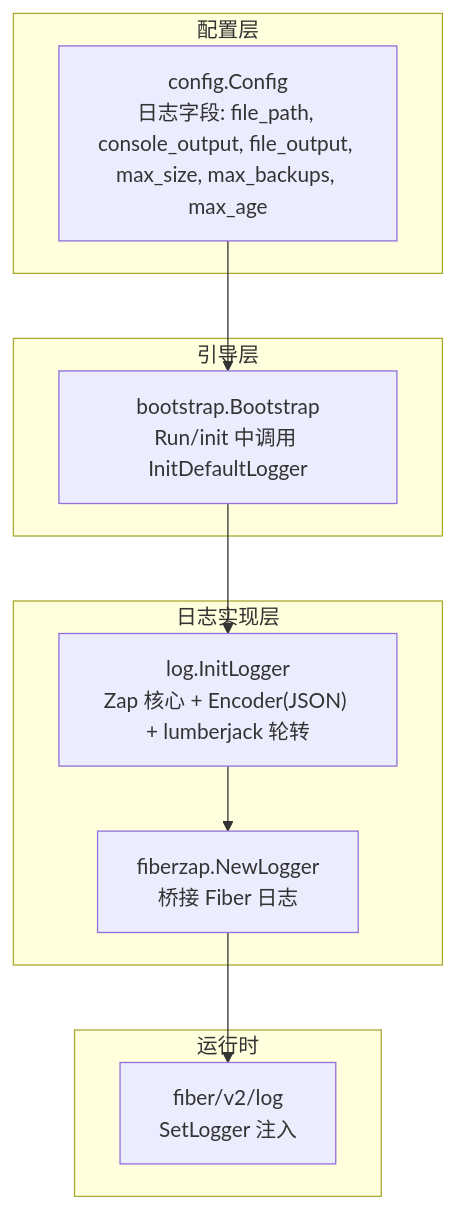
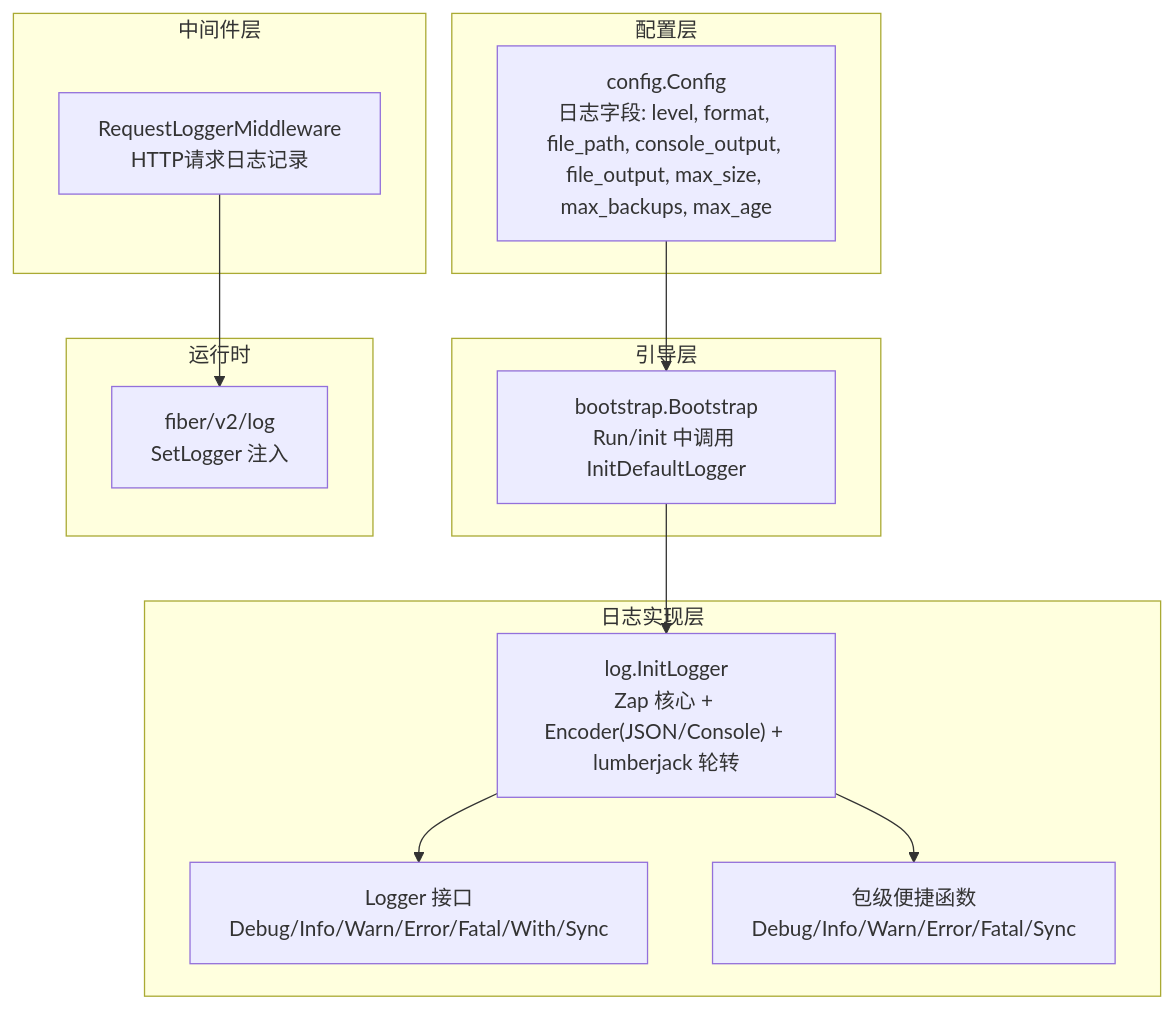
One commit to wuwuseo/cmf changed the first of 4 diagrams in .qoder/repowiki/zh/content/日志系统.md. Above: the diagram before and after it, drawn with Mermaid. The commit also changed other lines of this file and 5 other files, not shown here.

````diff
--- a/.qoder/repowiki/zh/content/日志系统.md
+++ b/.qoder/repowiki/zh/content/日志系统.md
@@ -32,20 +47,25 @@
 ```mermaid
 graph TB
 subgraph "配置层"
-CFG["config.Config<br/>日志字段: file_path, console_output, file_output, max_size, max_backups, max_age"]
+CFG["config.Config<br/>日志字段: level, format, file_path, console_output, file_output, max_size, max_backups, max_age"]
 end
 subgraph "引导层"
 BOOT["bootstrap.Bootstrap<br/>Run/init 中调用 InitDefaultLogger"]
 end
 subgraph "日志实现层"
-LOG["log.InitLogger<br/>Zap 核心 + Encoder(JSON) + lumberjack 轮转"]
-FZ["fiberzap.NewLogger<br/>桥接 Fiber 日志"]
+LOG["log.InitLogger<br/>Zap 核心 + Encoder(JSON/Console) + lumberjack 轮转"]
+LIF["Logger 接口<br/>Debug/Info/Warn/Error/Fatal/With/Sync"]
+PKG["包级便捷函数<br/>Debug/Info/Warn/Error/Fatal/Sync"]
+end
+subgraph "中间件层"
+REQ["RequestLoggerMiddleware<br/>HTTP请求日志记录"]
 end
 subgraph "运行时"
 FLOG["fiber/v2/log<br/>SetLogger 注入"]
 end
 CFG --> BOOT
 BOOT --> LOG
-LOG --> FZ
-FZ --> FLOG
+LOG --> LIF
+LOG --> PKG
+REQ --> FLOG
 ```
````
